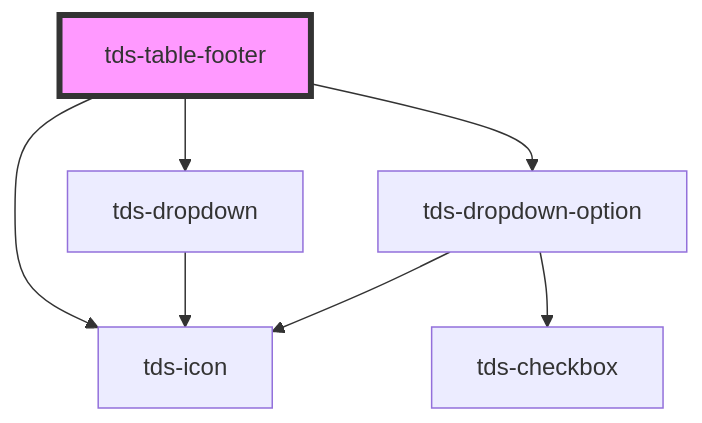
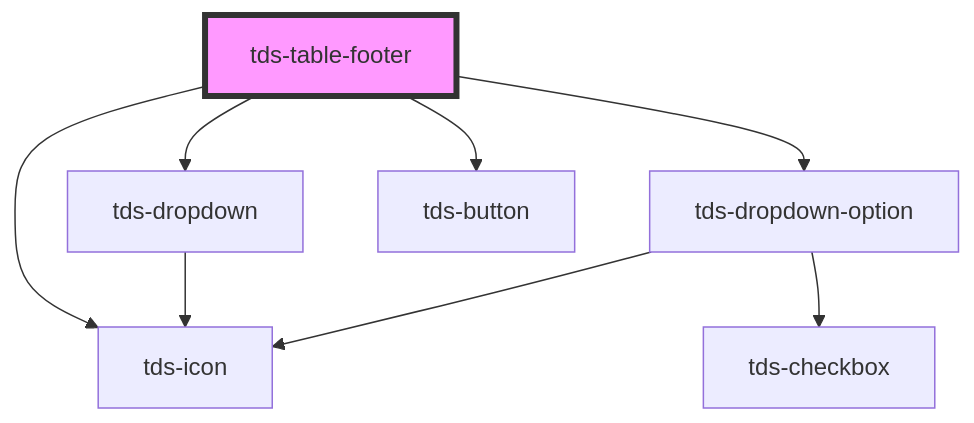
One commit to scania-digital-design-system/tegel changed the diagram in packages/core/src/components/table/table-footer/readme.md. Above: the diagram before and after it, drawn with Mermaid. The commit also changed other lines of this file and 20 other files, not shown here.

Commit message:
feat(tds-table): use new variables imported from Figma

````diff
--- a/packages/core/src/components/table/table-footer/readme.md
+++ b/packages/core/src/components/table/table-footer/readme.md
@@ -41,10 +42,11 @@
 ```mermaid
 graph TD;
   tds-table-footer --> tds-dropdown
   tds-table-footer --> tds-dropdown-option
+  tds-table-footer --> tds-button
   tds-table-footer --> tds-icon
   tds-dropdown --> tds-icon
   tds-dropdown-option --> tds-checkbox
   tds-dropdown-option --> tds-icon
   style tds-table-footer fill:#f9f,stroke:#333,stroke-width:4px
 ```
````
